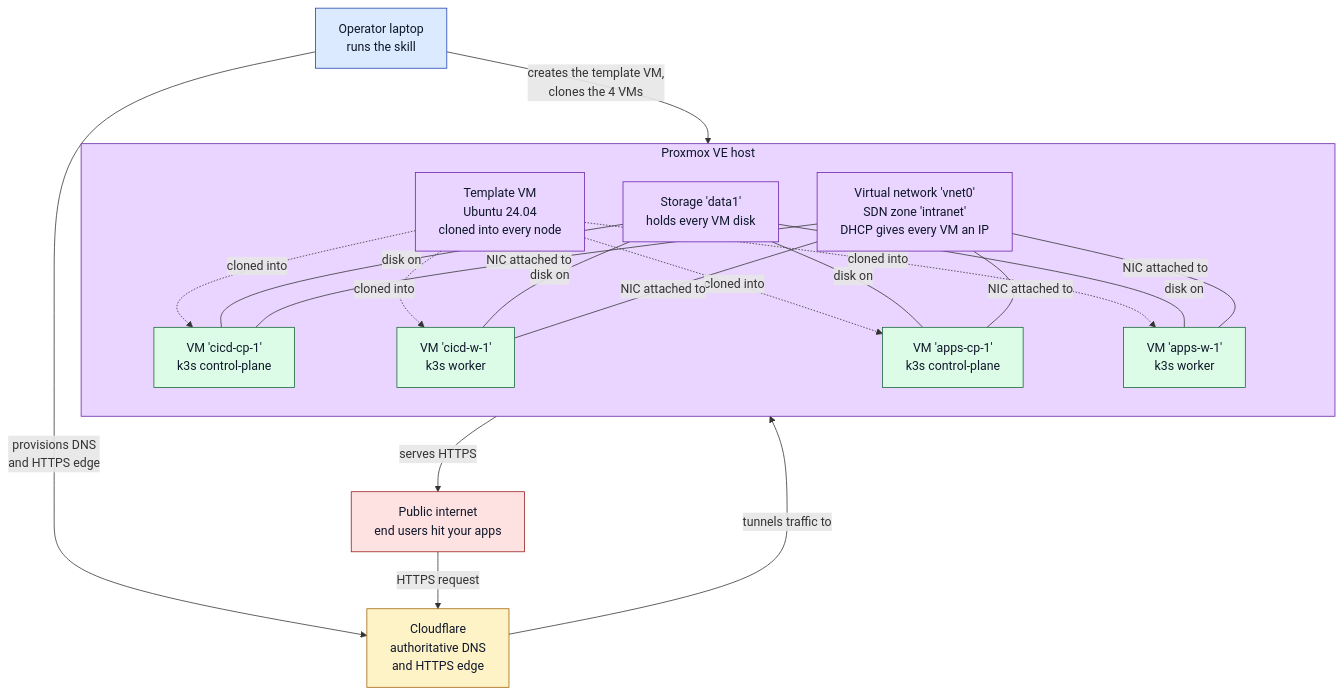
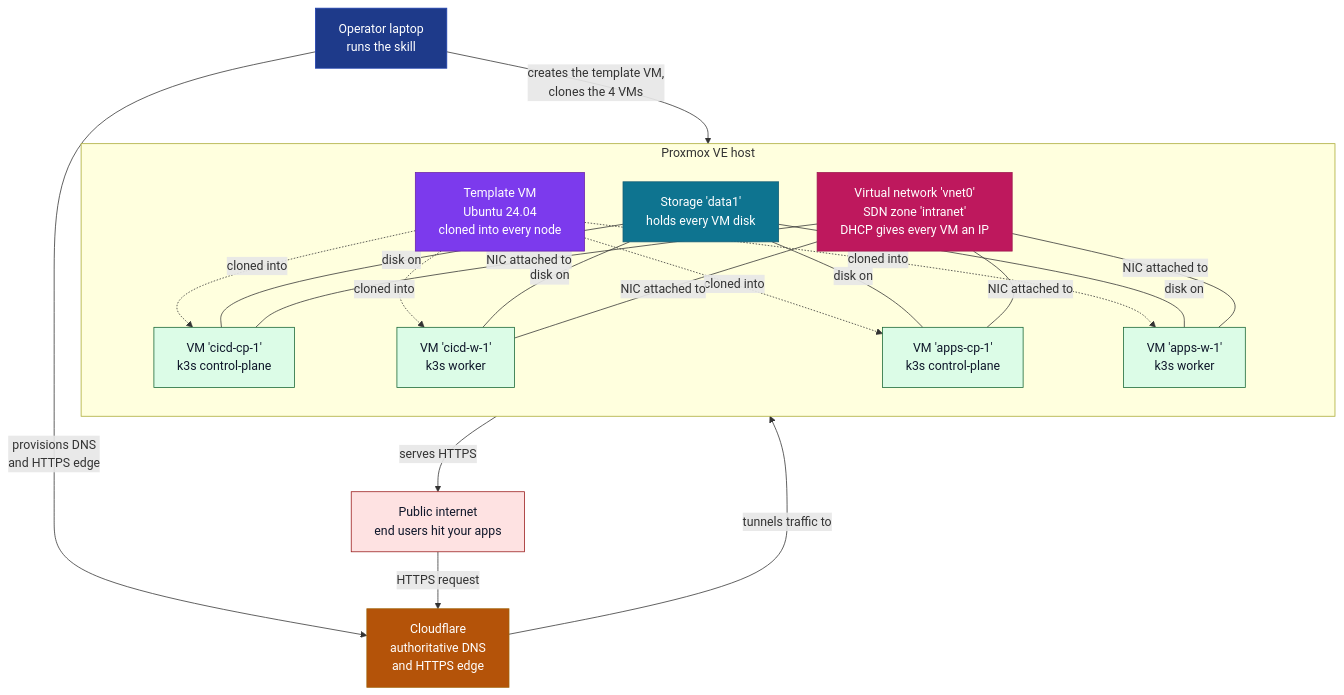
One commit to bruj0/proxmox-k8s-cicd changed the diagram in README.md. Above: the diagram before and after it, drawn with Mermaid.

Commit message:
docs(readme): give each Proxmox primitive a distinct, high-contrast color
The Template VM, Storage, and Virtual network nodes were all using
the same pale-purple fill (#e9d5ff) which blended into the
subgraph background and made each primitive hard to tell apart.

Switched to dark fills with white text, one per primitive:

  - Template VM   -> purple  (#7c3aed)
  - Storage       -> teal    (#0e7490)
  - Virtual net   -> magenta (#be185d)

Also bumped Operator (deep blue) and Cloudflare (deep amber) to
the same dark-fill style so all external / control-plane nodes
share strong contrast. The cloned VMs keep their light green
(#dcfce7) so they remain visually grouped as "the workloads".

Each node is now identifiable at a glance regardless of the
reader's background (light or dark mode).

Validated with mmdc (48 KB transparent PNG, clean render from the
actual README.md content).

````diff
--- a/README.md
+++ b/README.md
@@ -8,51 +8,55 @@
 ```mermaid
 flowchart TB
   Operator["Operator laptop<br/>runs the skill"]
   Internet["Public internet<br/>end users hit your apps"]
   CF["Cloudflare<br/>authoritative DNS<br/>and HTTPS edge"]
 
   subgraph PVE["Proxmox VE host"]
     direction TB
+    Template["Template VM<br/>Ubuntu 24.04<br/>cloned into every node"]
     Storage["Storage 'data1'<br/>holds every VM disk"]
-    Template["Template VM<br/>Ubuntu 24.04<br/>cloned into every node"]
     SDN["Virtual network 'vnet0'<br/>SDN zone 'intranet'<br/>DHCP gives every VM an IP"]
     VMcicdcp["VM 'cicd-cp-1'<br/>k3s control-plane"]
     VMcicdw["VM 'cicd-w-1'<br/>k3s worker"]
     VMappscp["VM 'apps-cp-1'<br/>k3s control-plane"]
     VMappsw["VM 'apps-w-1'<br/>k3s worker"]
   end
 
   Operator -->|"creates the template VM,<br/>clones the 4 VMs"| PVE
   Operator -->|"provisions DNS<br/>and HTTPS edge"| CF
 
   Template -. "cloned into" .-> VMcicdcp
   Template -. "cloned into" .-> VMcicdw
   Template -. "cloned into" .-> VMappscp
   Template -. "cloned into" .-> VMappsw
 
   Storage ---|"disk on"| VMcicdcp
   Storage ---|"disk on"| VMcicdw
   Storage ---|"disk on"| VMappscp
   Storage ---|"disk on"| VMappsw
 
   SDN ---|"NIC attached to"| VMcicdcp
   SDN ---|"NIC attached to"| VMcicdw
   SDN ---|"NIC attached to"| VMappscp
   SDN ---|"NIC attached to"| VMappsw
 
   VMappsw -->|"serves HTTPS"| Internet
   CF -->|"tunnels traffic to"| VMappsw
   Internet -->|"HTTPS request"| CF
 
-  classDef operator fill:#dbeafe,stroke:#1e40af,color:#0f172a
-  classDef external fill:#fef3c7,stroke:#a16207,color:#0f172a
-  classDef pve fill:#e9d5ff,stroke:#6b21a8,color:#0f172a
+  classDef operator fill:#1e3a8a,stroke:#1e40af,color:#ffffff
+  classDef external fill:#b45309,stroke:#a16207,color:#ffffff
+  classDef template fill:#7c3aed,stroke:#6b21a8,color:#ffffff
+  classDef storage fill:#0e7490,stroke:#155e75,color:#ffffff
+  classDef network fill:#be185d,stroke:#9d174d,color:#ffffff
   classDef vm fill:#dcfce7,stroke:#166534,color:#0f172a
   classDef internet fill:#fee2e2,stroke:#991b1b,color:#0f172a
 
   class Operator operator
   class CF external
-  class PVE,Storage,Template,SDN pve
+  class Template template
+  class Storage storage
+  class SDN network
   class VMcicdcp,VMcicdw,VMappscp,VMappsw vm
   class Internet internet
 ```
````
